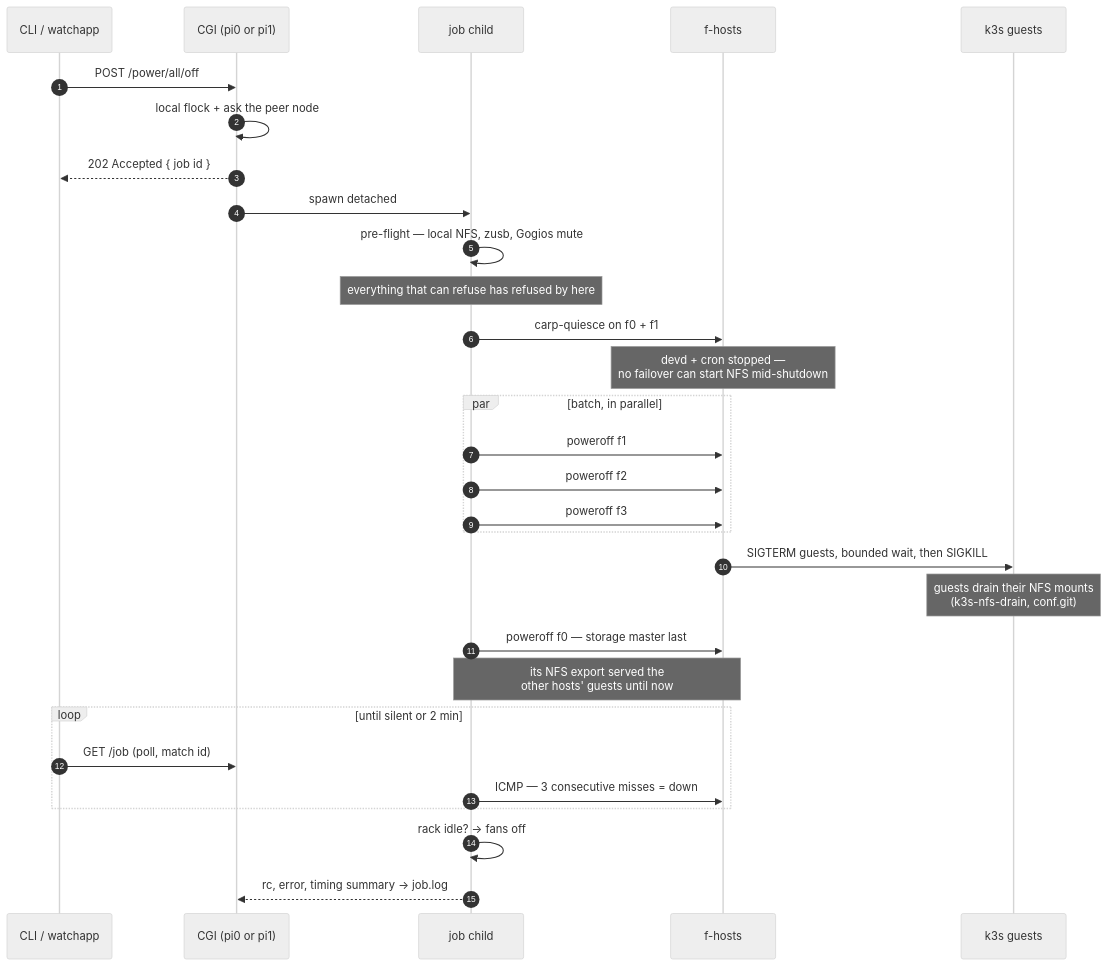
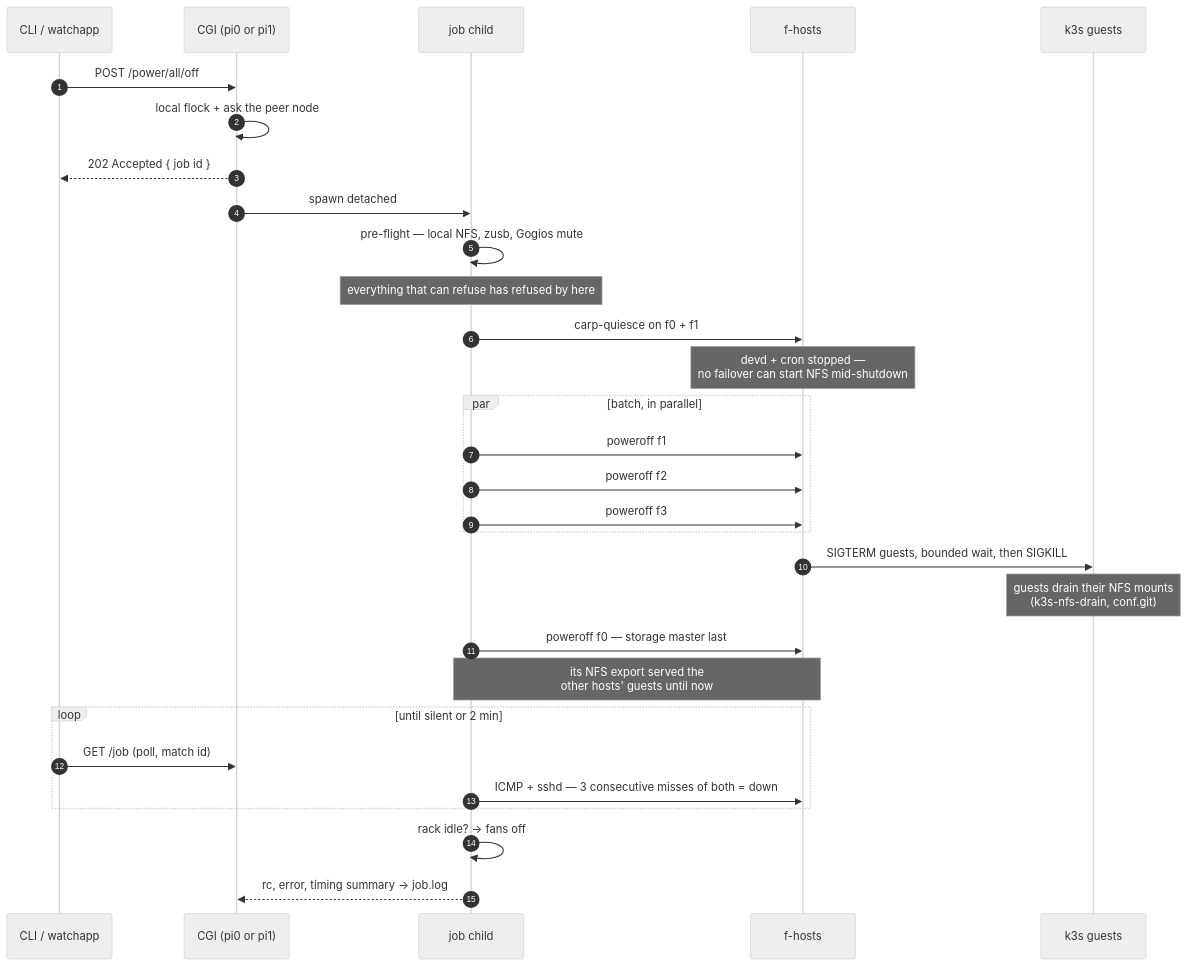
The third of 5 diagrams in docs/ARCHITECTURE.md (snonux/f3sctl), drawn with Mermaid (neutral theme) before and after one commit. The commit also changed 20 other files, not shown here.

````diff
--- a/docs/ARCHITECTURE.md
+++ b/docs/ARCHITECTURE.md
@@ -156,39 +156,39 @@
 ```mermaid
 sequenceDiagram
     autonumber
     participant U as CLI / watchapp
     participant C as CGI (pi0 or pi1)
     participant J as job child
     participant F as f-hosts
     participant G as k3s guests
 
     U->>C: POST /power/all/off
     C->>C: local flock + ask the peer node
     C-->>U: 202 Accepted { job id }
     C->>J: spawn detached
 
     J->>J: pre-flight — local NFS, zusb, Gogios mute
     Note over J: everything that can refuse has refused by here
 
     J->>F: carp-quiesce on f0 + f1
     Note over F: devd + cron stopped —<br/>no failover can start NFS mid-shutdown
 
     par batch, in parallel
         J->>F: poweroff f1
         J->>F: poweroff f2
         J->>F: poweroff f3
     end
     F->>G: SIGTERM guests, bounded wait, then SIGKILL
     Note over G: guests drain their NFS mounts<br/>(k3s-nfs-drain, conf.git)
 
     J->>F: poweroff f0 — storage master last
     Note over J,F: its NFS export served the<br/>other hosts' guests until now
 
     loop until silent or 2 min
         U->>C: GET /job (poll, match id)
-        J->>F: ICMP — 3 consecutive misses = down
+        J->>F: ICMP + sshd — 3 consecutive misses of both = down
     end
 
     J->>J: rack idle? → fans off
     J-->>C: rc, error, timing summary → job.log
 ```
````
